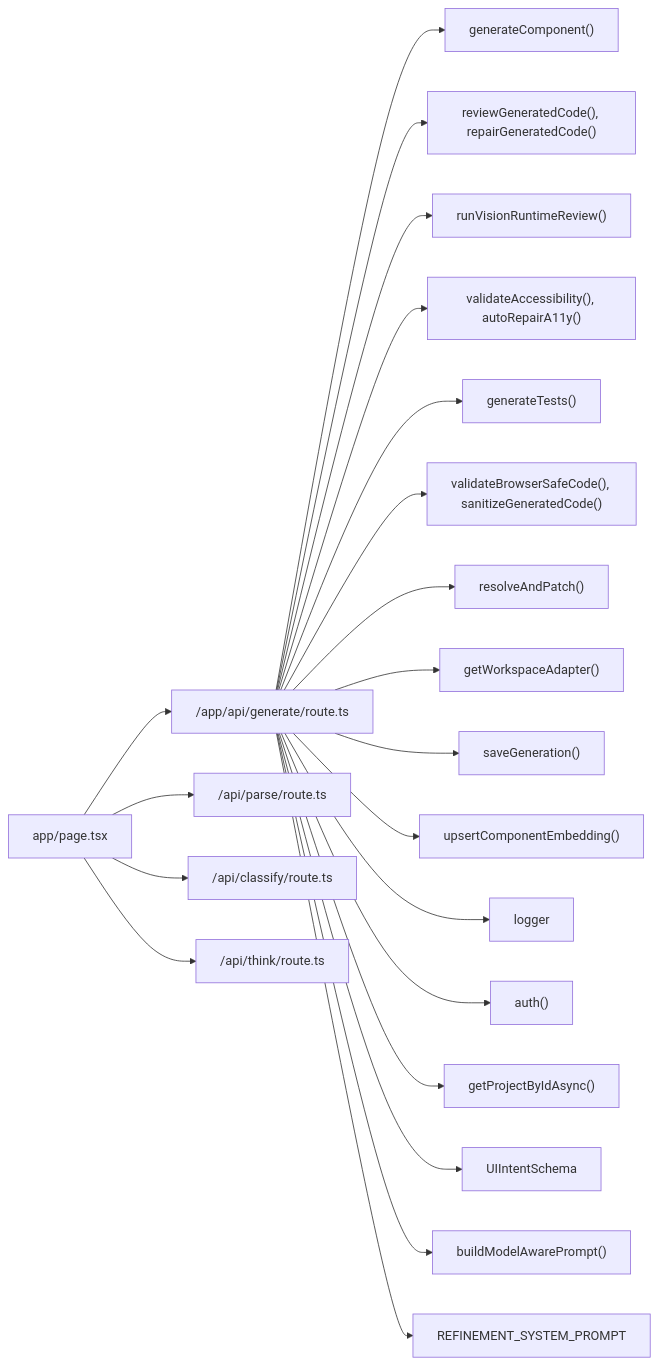
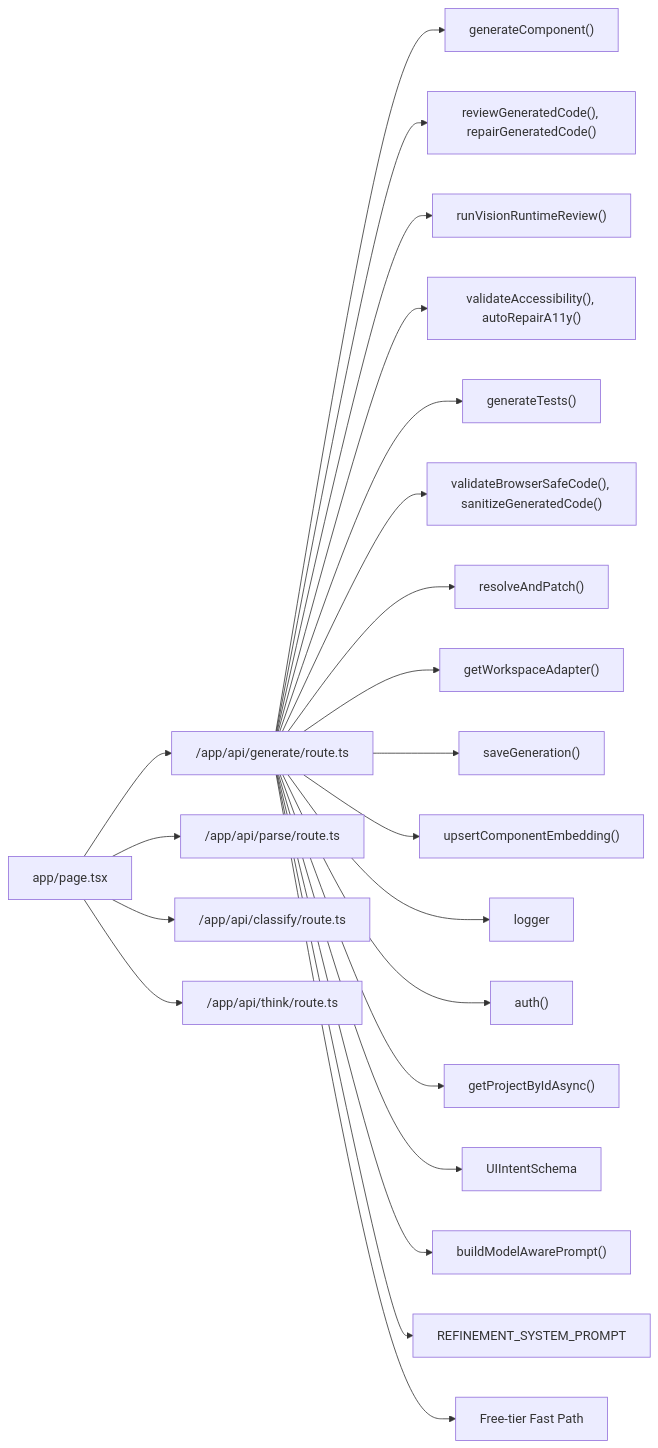
The fourth of 4 diagrams in .qoder/repowiki/en/content/AI Generation Engine/Core Generation Pipeline/Core Generation Pipeline.md (shekhargiri005-dotcom/AI-powered-accessibility-first-UI-engine), drawn with Mermaid before and after one commit. The commit also changed other lines of this file and 38 other files, not shown here.

````diff
--- a/.qoder/repowiki/en/content/AI Generation Engine/Core Generation Pipeline/Core Generation Pipeline.md
+++ b/.qoder/repowiki/en/content/AI Generation Engine/Core Generation Pipeline/Core Generation Pipeline.md
@@ -317,23 +359,24 @@
 ```mermaid
 graph LR
 Route["/app/api/generate/route.ts"] --> GenComp["generateComponent()"]
 Route --> Review["reviewGeneratedCode(), repairGeneratedCode()"]
 Route --> Vision["runVisionRuntimeReview()"]
 Route --> A11y["validateAccessibility(), autoRepairA11y()"]
 Route --> Tests["generateTests()"]
 Route --> Security["validateBrowserSafeCode(), sanitizeGeneratedCode()"]
 Route --> DepRes["resolveAndPatch()"]
 Route --> Adapter["getWorkspaceAdapter()"]
 Route --> Memory["saveGeneration()"]
 Route --> Embed["upsertComponentEmbedding()"]
 Route --> Logger["logger"]
 Route --> Auth["auth()"]
 Route --> RefContext["getProjectByIdAsync()"]
 Route --> Schema["UIIntentSchema"]
 Route --> Prompt["buildModelAwarePrompt()"]
 Route --> RefPrompt["REFINEMENT_SYSTEM_PROMPT"]
+Route --> FreeTier["Free-tier Fast Path"]
 Page["app/page.tsx"] --> Route
-Page --> Parse["/api/parse/route.ts"]
-Page --> Classify["/api/classify/route.ts"]
-Page --> Think["/api/think/route.ts"]
+Page --> Parse["/app/api/parse/route.ts"]
+Page --> Classify["/app/api/classify/route.ts"]
+Page --> Think["/app/api/think/route.ts"]
 ```
````
